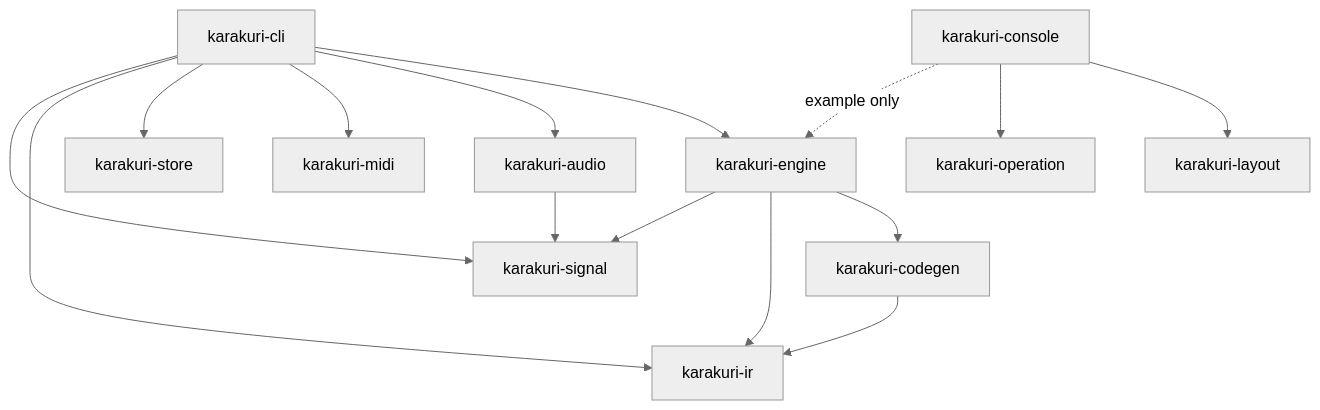
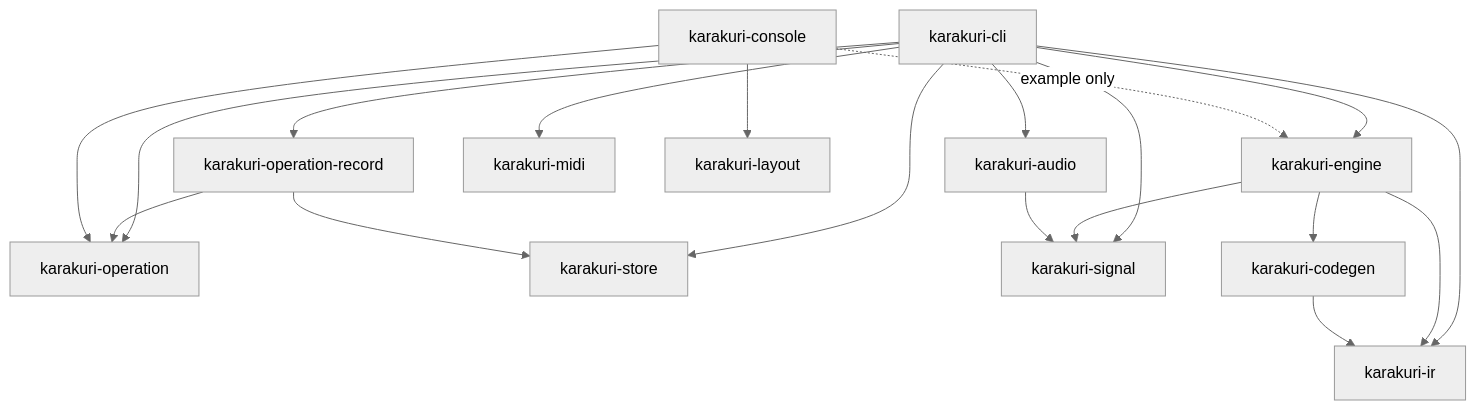
Before and after one commit to toyoshim-i/Karakuri: the first of 3 diagrams in docs/architecture.md, drawn with Mermaid (neutral theme). The commit also changed other lines of this file and 12 other files, not shown here.

````diff
--- a/docs/architecture.md
+++ b/docs/architecture.md
@@ -32,21 +32,26 @@
 ```mermaid
 graph TD
     CLI[karakuri-cli] --> ENGINE[karakuri-engine]
+    CLI --> OPRECORD[karakuri-operation-record]
+    CLI --> OPERATION
     CLI --> AUDIO[karakuri-audio]
     CLI --> MIDI[karakuri-midi]
     CLI --> STORE[karakuri-store]
     CLI --> IR[karakuri-ir]
     CLI --> SIGNAL[karakuri-signal]
+
+    OPRECORD --> OPERATION
+    OPRECORD --> STORE
 
     CONSOLE[karakuri-console] --> LAYOUT[karakuri-layout]
     CONSOLE --> OPERATION[karakuri-operation]
     CONSOLE -.->|example only| ENGINE
 
     ENGINE --> CODEGEN[karakuri-codegen]
     ENGINE --> IR
     ENGINE --> SIGNAL
 
     CODEGEN --> IR
 
     AUDIO --> SIGNAL
 ```
````
